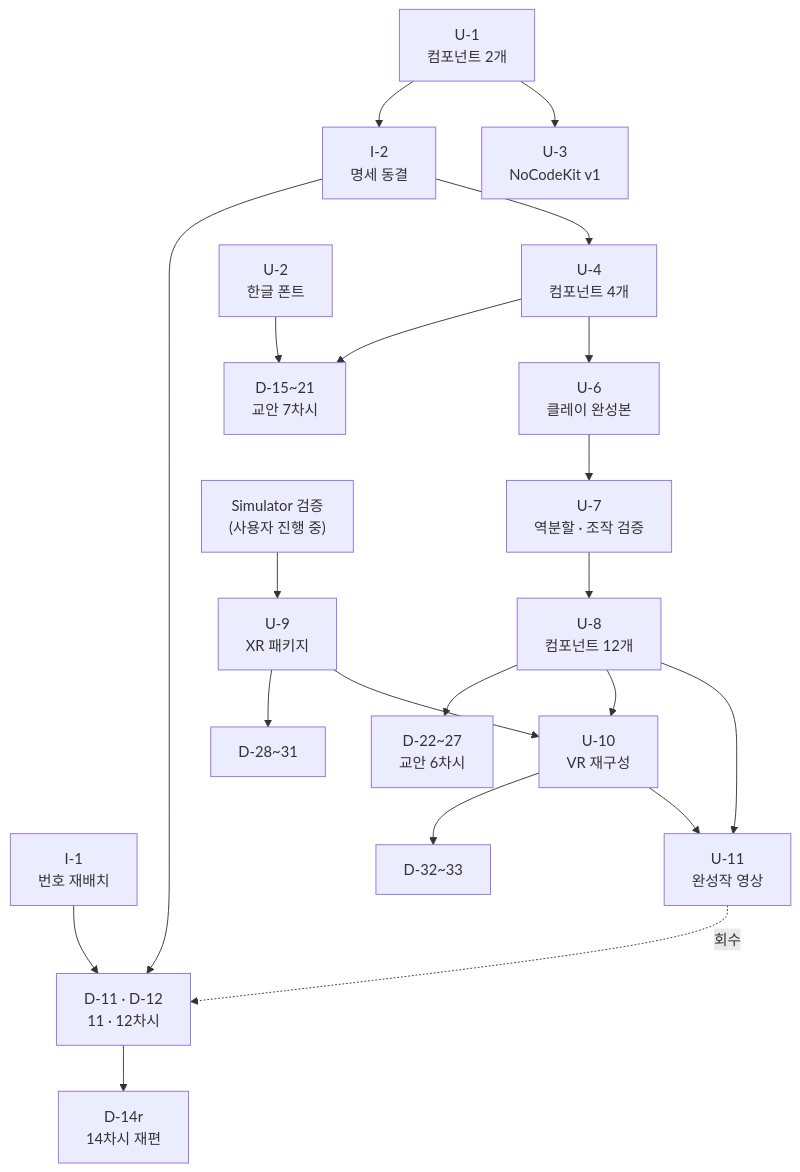
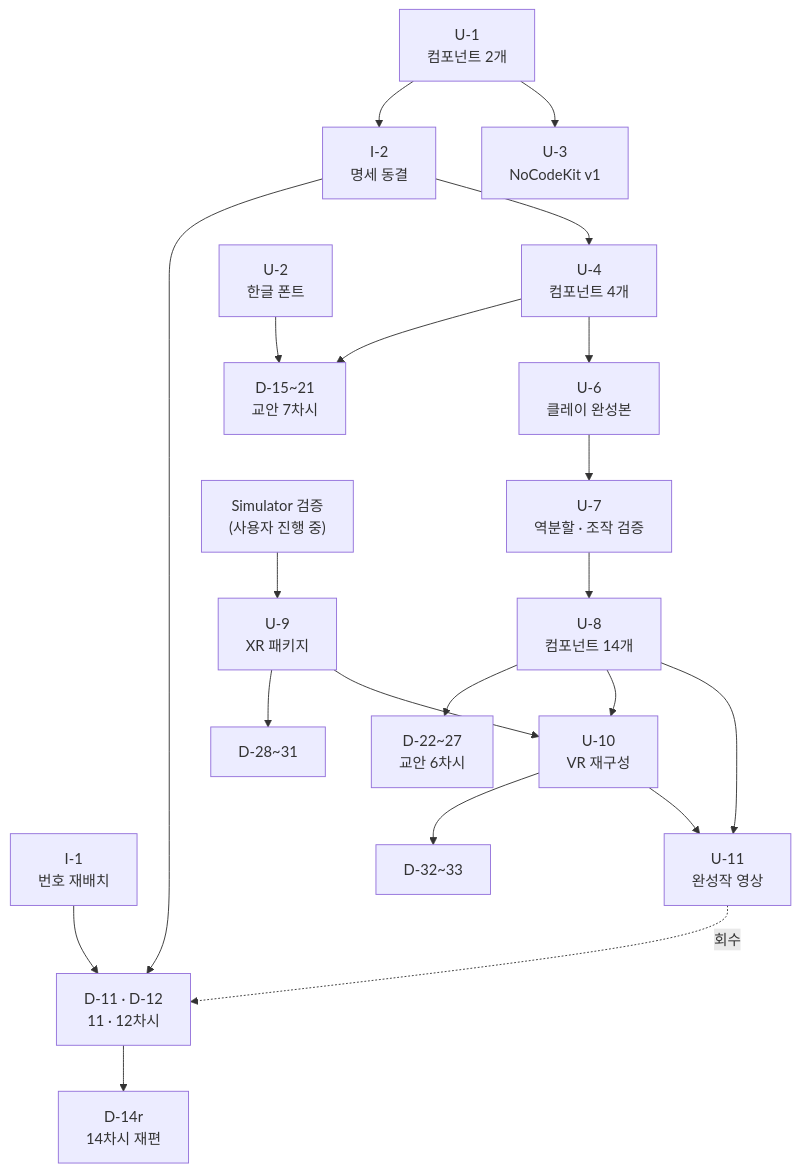
The diagram in plans/03_작업_우선순위.md (KooHoo-Dev/kdc-meta-verse-nocode-lecture), drawn with Mermaid before and after one commit. The commit also changed other lines of this file and 9 other files, not shown here.

````diff
--- a/plans/03_작업_우선순위.md
+++ b/plans/03_작업_우선순위.md
@@ -102,26 +102,26 @@
 ```mermaid
 flowchart TB
     U1["U-1<br/>컴포넌트 2개"] --> I2["I-2<br/>명세 동결"]
     I1["I-1<br/>번호 재배치"] --> D11["D-11 · D-12<br/>11 · 12차시"]
     I2 --> D11
     D11 --> D14["D-14r<br/>14차시 재편"]
     U1 --> U3["U-3<br/>NoCodeKit v1"]
 
     I2 --> U4["U-4<br/>컴포넌트 4개"]
     U4 --> D1521["D-15~21<br/>교안 7차시"]
     U2["U-2<br/>한글 폰트"] --> D1521
 
     U4 --> U6["U-6<br/>클레이 완성본"]
     U6 --> U7["U-7<br/>역분할 · 조작 검증"]
-    U7 --> U8["U-8<br/>컴포넌트 12개"]
+    U7 --> U8["U-8<br/>컴포넌트 14개"]
     U8 --> D2227["D-22~27<br/>교안 6차시"]
 
     S["Simulator 검증<br/>(사용자 진행 중)"] --> U9["U-9<br/>XR 패키지"]
     U9 --> D2831["D-28~31"]
     U8 --> U10["U-10<br/>VR 재구성"]
     U9 --> U10
     U10 --> D3233["D-32~33"]
     U8 --> U11["U-11<br/>완성작 영상"]
     U10 --> U11
     U11 -.회수.-> D11
 ```
````
